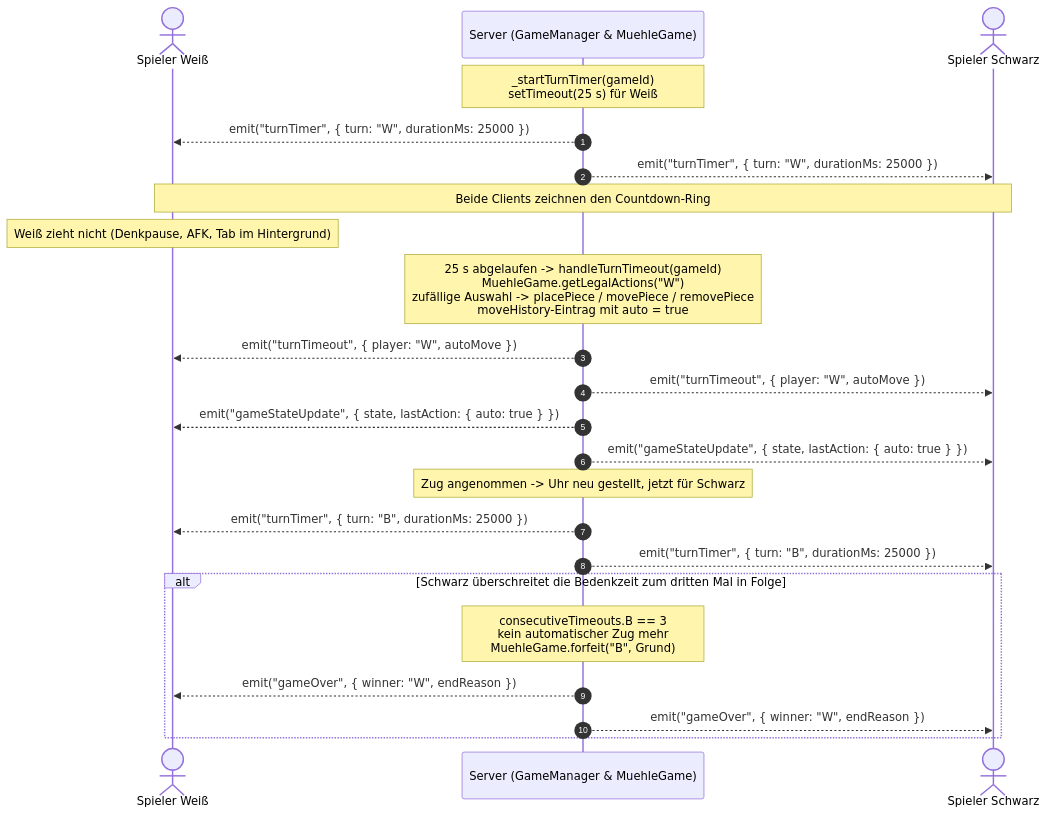
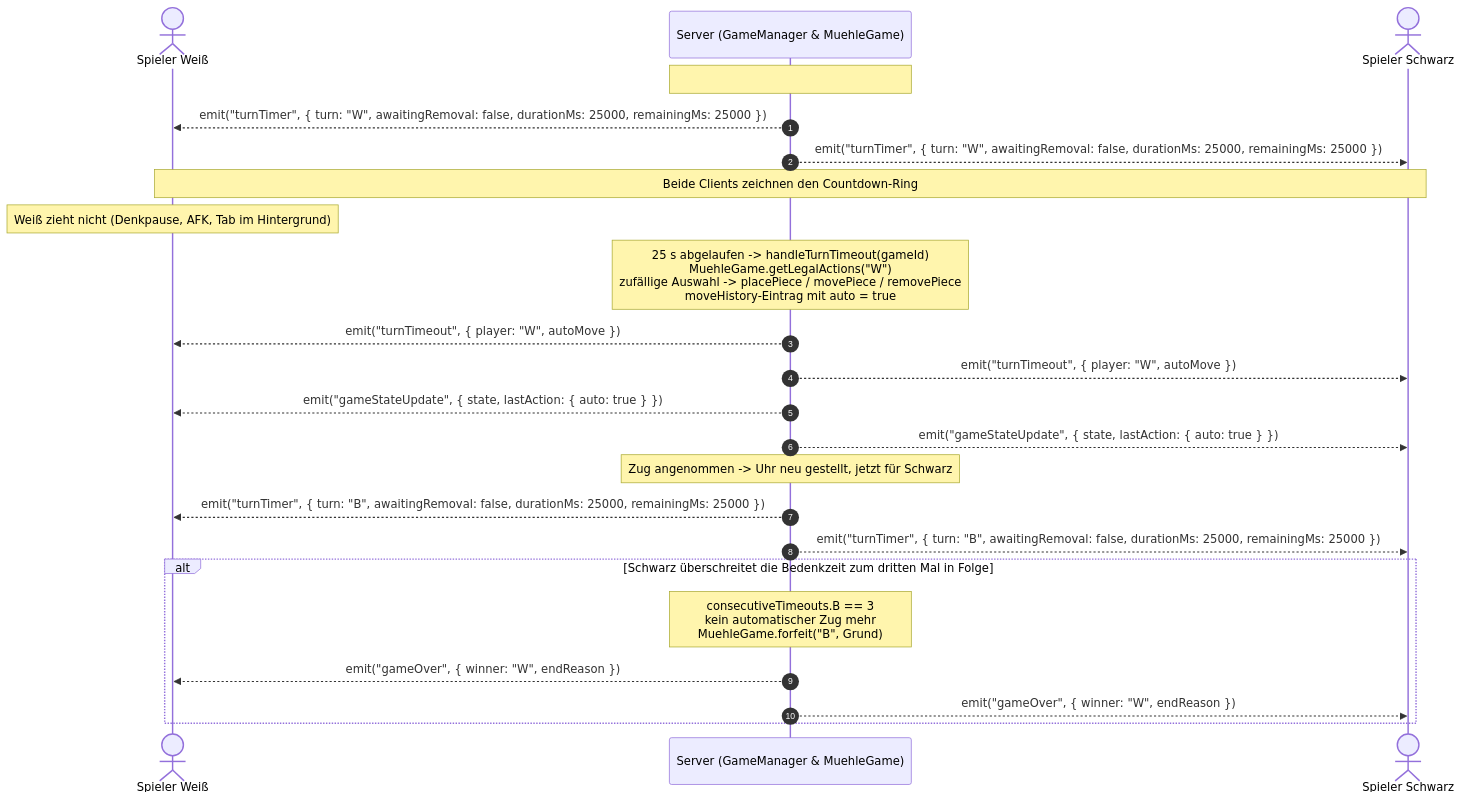
Before and after one commit to sventurbo/MuehleJS: the ninth of 10 diagrams in Systemmodel.md, drawn with Mermaid. The commit also changed other lines of this file and 48 other files, not shown here.

````diff
--- a/Systemmodel.md
+++ b/Systemmodel.md
@@ -408,30 +412,30 @@
 ```mermaid
 sequenceDiagram
     autonumber
     actor P1 as Spieler Weiß
     participant S as Server (GameManager & MuehleGame)
     actor P2 as Spieler Schwarz
 
-    Note over S: _startTurnTimer(gameId)<br/>setTimeout(25 s) für Weiß
-    S-->>P1: emit("turnTimer", { turn: "W", durationMs: 25000 })
-    S-->>P2: emit("turnTimer", { turn: "W", durationMs: 25000 })
+    Note over S: #startTurnTimer(gameId)<br/>setTimeout(25 s) für Weiß
+    S-->>P1: emit("turnTimer", { turn: "W", awaitingRemoval: false, durationMs: 25000, remainingMs: 25000 })
+    S-->>P2: emit("turnTimer", { turn: "W", awaitingRemoval: false, durationMs: 25000, remainingMs: 25000 })
     Note over P1,P2: Beide Clients zeichnen den Countdown-Ring
 
     Note over P1: Weiß zieht nicht (Denkpause, AFK, Tab im Hintergrund)
 
     Note over S: 25 s abgelaufen -> handleTurnTimeout(gameId)<br/>MuehleGame.getLegalActions("W")<br/>zufällige Auswahl -> placePiece / movePiece / removePiece<br/>moveHistory-Eintrag mit auto = true
     S-->>P1: emit("turnTimeout", { player: "W", autoMove })
     S-->>P2: emit("turnTimeout", { player: "W", autoMove })
     S-->>P1: emit("gameStateUpdate", { state, lastAction: { auto: true } })
     S-->>P2: emit("gameStateUpdate", { state, lastAction: { auto: true } })
 
     Note over S: Zug angenommen -> Uhr neu gestellt, jetzt für Schwarz
-    S-->>P1: emit("turnTimer", { turn: "B", durationMs: 25000 })
-    S-->>P2: emit("turnTimer", { turn: "B", durationMs: 25000 })
+    S-->>P1: emit("turnTimer", { turn: "B", awaitingRemoval: false, durationMs: 25000, remainingMs: 25000 })
+    S-->>P2: emit("turnTimer", { turn: "B", awaitingRemoval: false, durationMs: 25000, remainingMs: 25000 })
 
     alt Schwarz überschreitet die Bedenkzeit zum dritten Mal in Folge
         Note over S: consecutiveTimeouts.B == 3<br/>kein automatischer Zug mehr<br/>MuehleGame.forfeit("B", Grund)
         S-->>P1: emit("gameOver", { winner: "W", endReason })
         S-->>P2: emit("gameOver", { winner: "W", endReason })
     end
 ```
````
